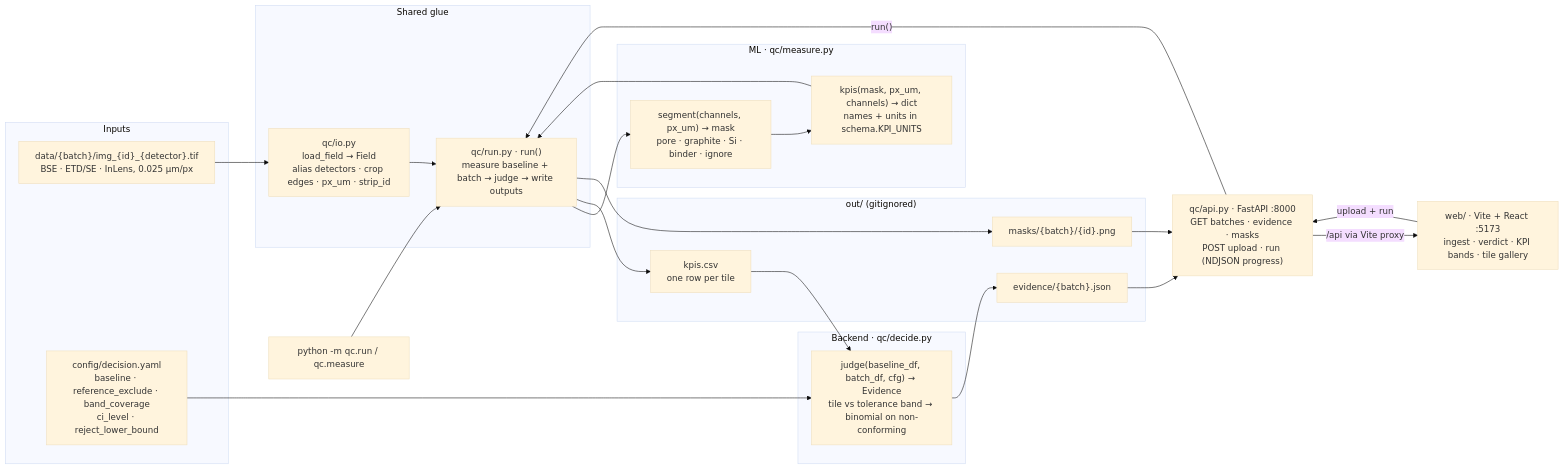
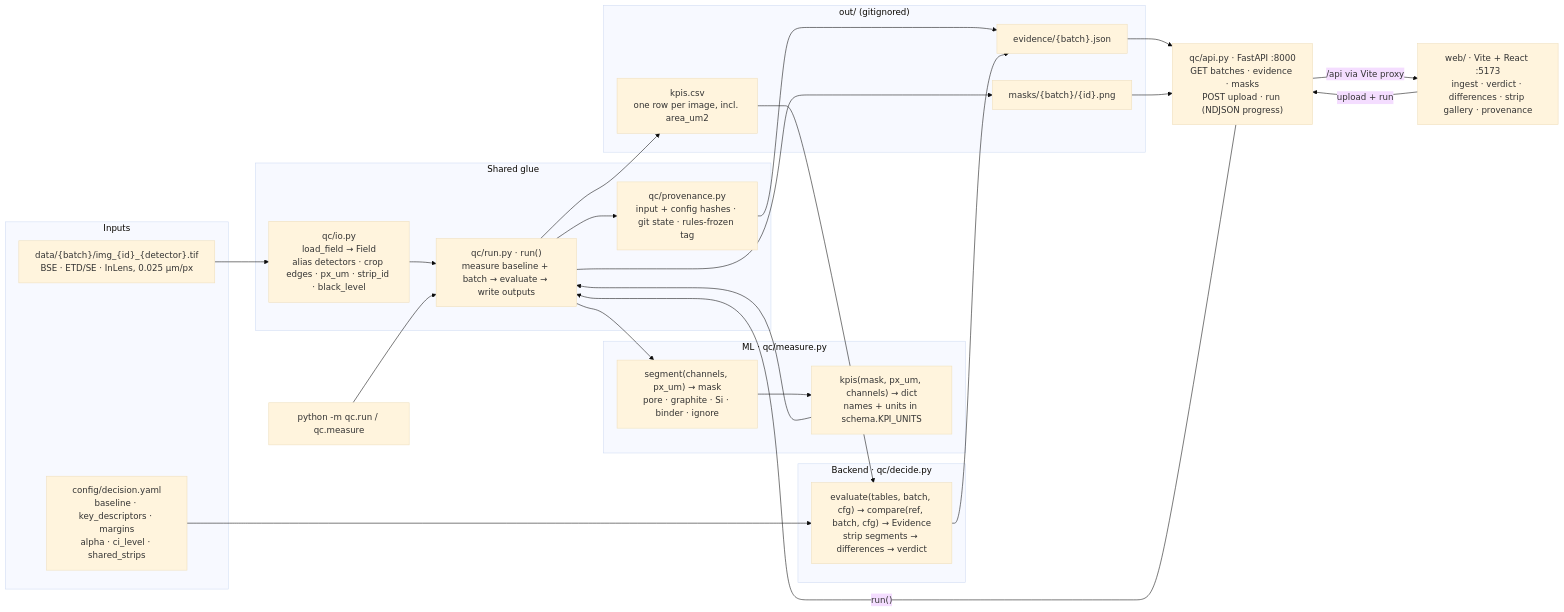
One commit to batch-size-2/catalyst changed the diagram in README.md. Above: the diagram before and after it, drawn with Mermaid (base theme). The commit also changed other lines of this file and 19 other files, not shown here.

First line of the commit message:
Replace the per-tile judge with the V3 evidence contract and a compare() skeleton.

````diff
--- a/README.md
+++ b/README.md
@@ -43,44 +43,46 @@
 ```mermaid
 flowchart LR
   subgraph IN["Inputs"]
     D["data/{batch}/img_{id}_{detector}.tif<br/>BSE · ETD/SE · InLens, 0.025 µm/px"]
-    CFG["config/decision.yaml<br/>baseline · reference_exclude · band_coverage<br/>ci_level · reject_lower_bound"]
+    CFG["config/decision.yaml<br/>baseline · key_descriptors · margins<br/>alpha · ci_level · shared_strips"]
   end
 
   subgraph GLUE["Shared glue"]
-    IO["qc/io.py<br/>load_field → Field<br/>alias detectors · crop edges · px_um · strip_id"]
-    RUN["qc/run.py · run()<br/>measure baseline + batch → judge → write outputs"]
+    IO["qc/io.py<br/>load_field → Field<br/>alias detectors · crop edges · px_um · strip_id · black_level"]
+    RUN["qc/run.py · run()<br/>measure baseline + batch → evaluate → write outputs"]
+    PROV["qc/provenance.py<br/>input + config hashes · git state · rules-frozen tag"]
   end
 
   subgraph ML["ML · qc/measure.py"]
     SEG["segment(channels, px_um) → mask<br/>pore · graphite · Si · binder · ignore"]
     KPI["kpis(mask, px_um, channels) → dict<br/>names + units in schema.KPI_UNITS"]
   end
 
   subgraph BE["Backend · qc/decide.py"]
-    J["judge(baseline_df, batch_df, cfg) → Evidence<br/>tile vs tolerance band → binomial on non-conforming"]
+    J["evaluate(tables, batch, cfg) → compare(ref, batch, cfg) → Evidence<br/>strip segments → differences → verdict"]
   end
 
   subgraph OUT["out/ (gitignored)"]
-    T["kpis.csv<br/>one row per tile"]
+    T["kpis.csv<br/>one row per image, incl. area_um2"]
     E["evidence/{batch}.json"]
     P["masks/{batch}/{id}.png"]
   end
 
   API["qc/api.py · FastAPI :8000<br/>GET batches · evidence · masks<br/>POST upload · run (NDJSON progress)"]
-  WEB["web/ · Vite + React :5173<br/>ingest · verdict · KPI bands · tile gallery"]
+  WEB["web/ · Vite + React :5173<br/>ingest · verdict · differences · strip gallery · provenance"]
   CLI["python -m qc.run / qc.measure"]
 
   D --> IO --> RUN
   RUN --> SEG --> KPI --> RUN
   RUN --> T --> J
   CFG --> J
   RUN --> P
+  RUN --> PROV --> E
   J --> E
   E --> API
   P --> API
   API -- "/api via Vite proxy" --> WEB
   WEB -- "upload + run" --> API
   API -- "run()" --> RUN
   CLI --> RUN
 ```
````
